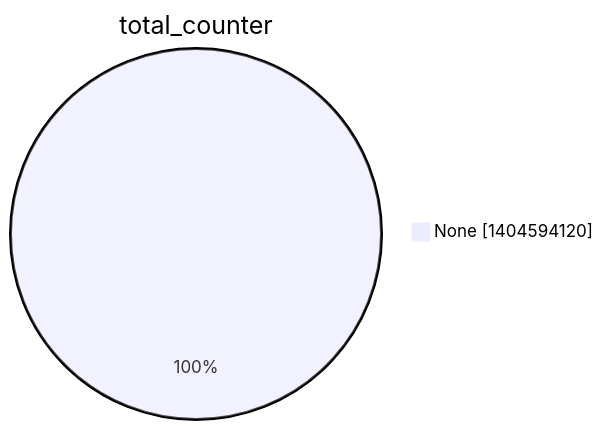
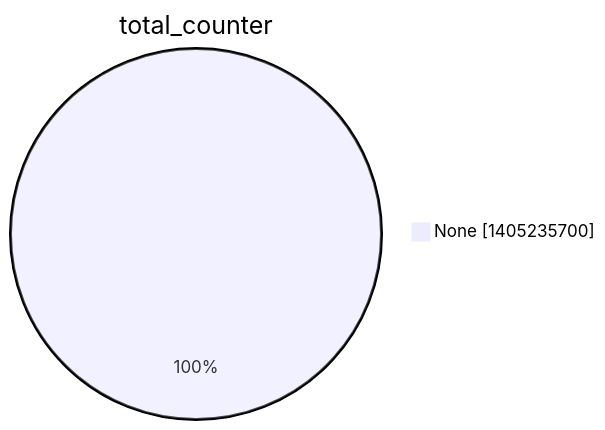
One commit to christiankrug/ctmonitor_visualization changed the second of 15 diagrams in argon2022/README.md. Above: the diagram before and after it, drawn with Mermaid. The commit also changed other lines of this file, not shown here.

````diff
--- a/argon2022/README.md
+++ b/argon2022/README.md
@@ -9,5 +9,5 @@
 ```mermaid
 pie showData
 title total_counter
-"None" :1404594120
+"None" :1405235700
 ```
````
